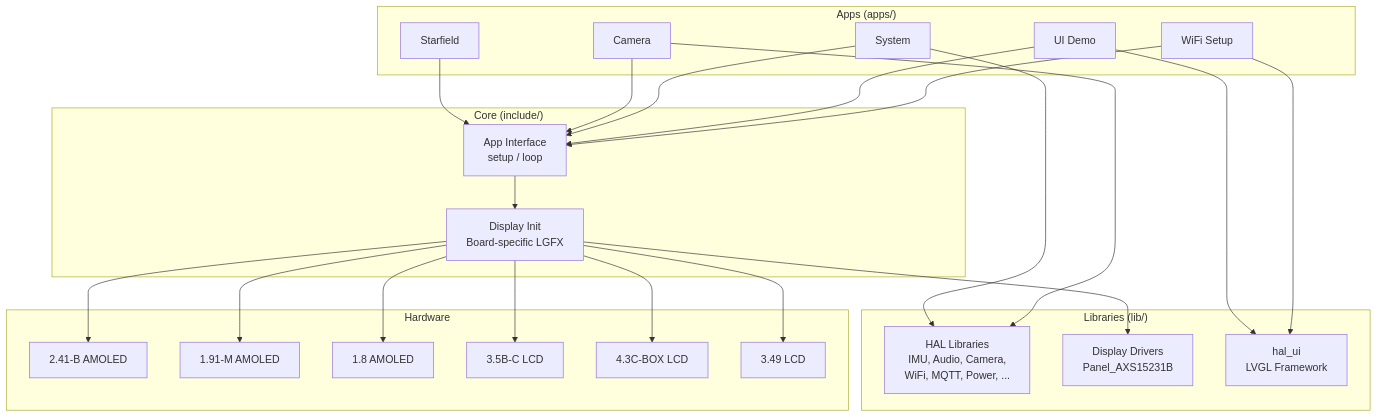
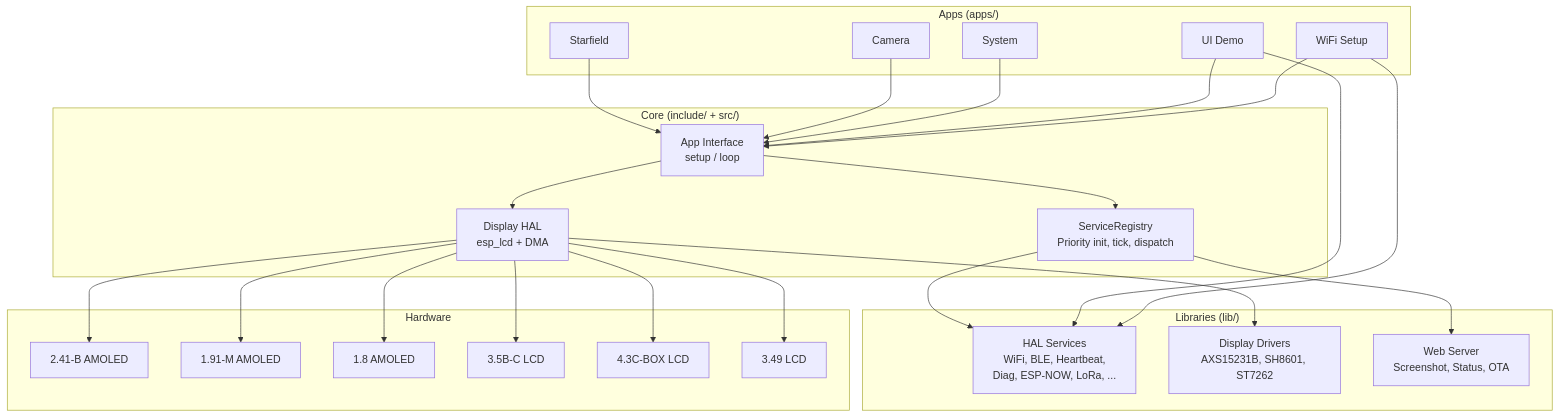
The diagram in README.md (Valpatel/tritium-edge), drawn with Mermaid before and after one commit. The commit also changed other lines of this file and 191 other files, not shown here.

````diff
--- a/README.md
+++ b/README.md
@@ -74,37 +74,40 @@
 ```mermaid
 graph TB
     subgraph "Apps (apps/)"
         SF[Starfield]
         CAM[Camera]
         SYS[System]
         UI[UI Demo]
         WIFI[WiFi Setup]
     end
 
-    subgraph "Core (include/)"
+    subgraph "Core (include/ + src/)"
         APP[App Interface<br>setup / loop]
-        DI[Display Init<br>Board-specific LGFX]
+        SR[ServiceRegistry<br>Priority init, tick, dispatch]
+        DI[Display HAL<br>esp_lcd + DMA]
     end
 
     subgraph "Libraries (lib/)"
-        HAL[HAL Libraries<br>IMU, Audio, Camera,<br>WiFi, MQTT, Power, ...]
-        DRV[Display Drivers<br>Panel_AXS15231B]
-        LVGL[hal_ui<br>LVGL Framework]
+        HAL[HAL Services<br>WiFi, BLE, Heartbeat,<br>Diag, ESP-NOW, LoRa, ...]
+        DRV[Display Drivers<br>AXS15231B, SH8601, ST7262]
+        WEB[Web Server<br>Screenshot, Status, OTA]
     end
 
     subgraph "Hardware"
         B1[2.41-B AMOLED]
         B2[1.91-M AMOLED]
         B3[1.8 AMOLED]
         B4[3.5B-C LCD]
         B5[4.3C-BOX LCD]
         B6[3.49 LCD]
     end
 
     SF & CAM & SYS & UI & WIFI --> APP
     APP --> DI
-    UI & WIFI --> LVGL
-    SYS & CAM --> HAL
+    APP --> SR
+    SR --> HAL
+    SR --> WEB
+    UI & WIFI --> HAL
     DI --> DRV
     DI --> B1 & B2 & B3 & B4 & B5 & B6
 ```
````
